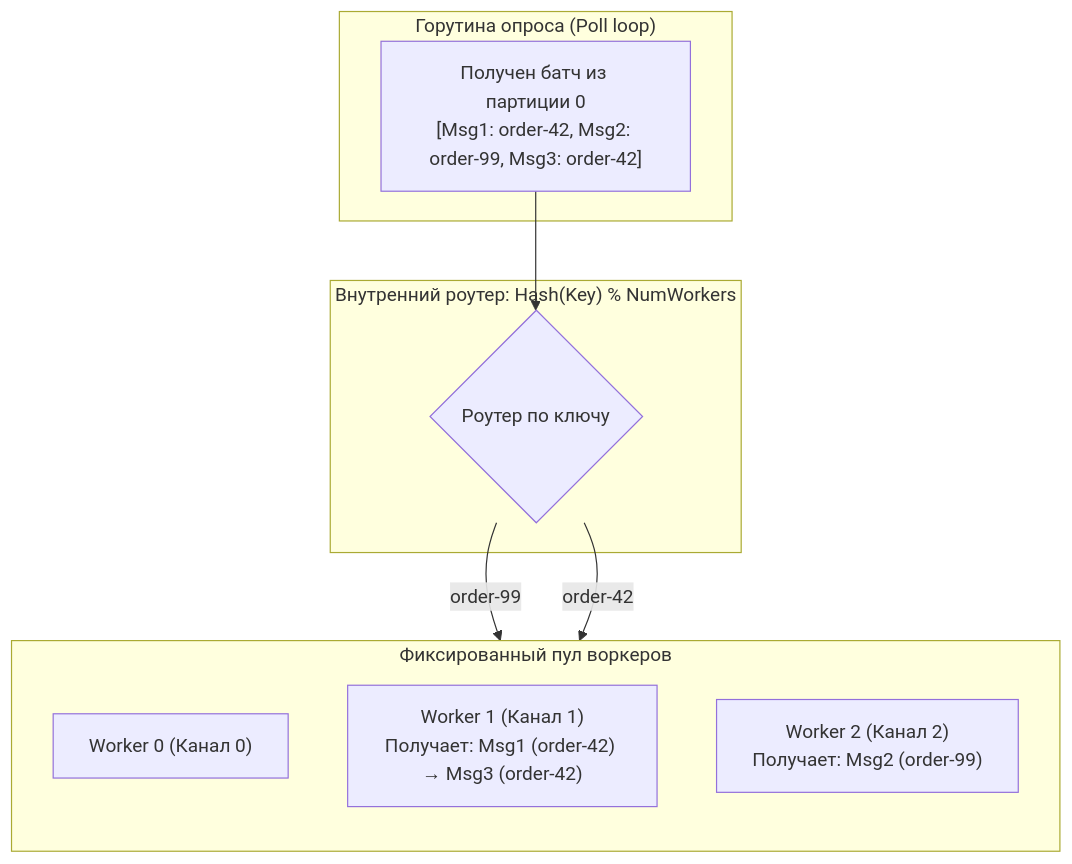
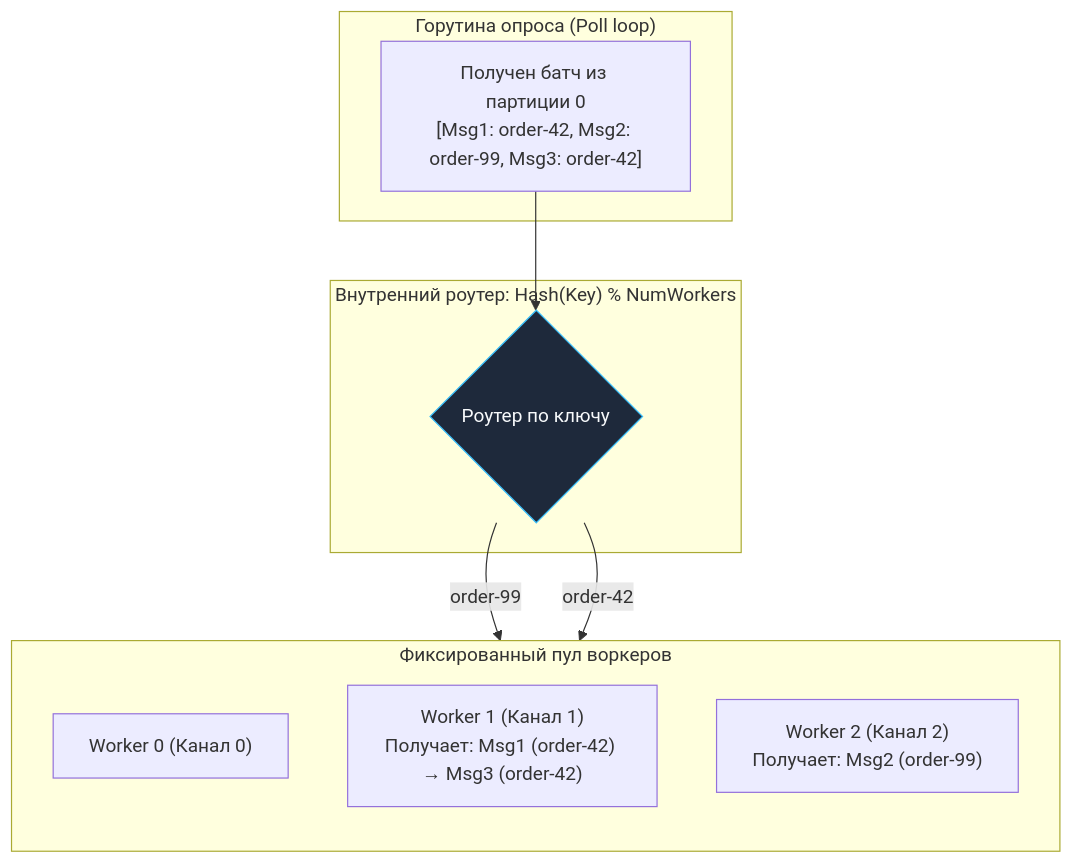
One commit to UnrealTemplier/go-textbook changed the fourth of 4 diagrams in sources/13. Очереди, брокеры сообщений и оркестраторы/03. Kafka/5. Ordering и partitioning.md. Above: the diagram before and after it, drawn with Mermaid. The commit also changed other lines of this file and 1666 other files, not shown here.

First line of the commit message:
feat(mermaid): add semantic color classDef to 1369 colorless flowchart/graph diagrams

````diff
--- a/sources/13. Очереди, брокеры сообщений и оркестраторы/03. Kafka/5. Ordering и partitioning.md
+++ b/sources/13. Очереди, брокеры сообщений и оркестраторы/03. Kafka/5. Ordering и partitioning.md
@@ -161,21 +181,31 @@
 ```mermaid
 flowchart TD
+    classDef process  fill:#1e293b,stroke:#38bdf8,stroke-width:1px,color:#f8fafc
+    classDef success  fill:#064e3b,stroke:#34d399,stroke-width:1px,color:#f8fafc
+    classDef error    fill:#7f1d1d,stroke:#f87171,stroke-width:1px,color:#f8fafc
+    classDef warning  fill:#78350f,stroke:#fbbf24,stroke-width:1px,color:#f8fafc
+    classDef entry    fill:#1e3a5f,stroke:#38bdf8,stroke-width:2px,color:#f8fafc
+    classDef aux      fill:#334155,stroke:#64748b,stroke-width:1px,color:#f8fafc
+    classDef system   fill:#312e81,stroke:#a78bfa,stroke-width:1px,color:#f8fafc
+    classDef data     fill:#132d29,stroke:#2dd4bf,stroke-width:1px,color:#f8fafc
+    classDef network  fill:#881337,stroke:#fb7185,stroke-width:1px,color:#f8fafc
+    classDef accent   fill:#1e1b4b,stroke:#818cf8,stroke-width:1px,color:#f8fafc
     subgraph Fetcher["Горутина опроса (Poll loop)"]
         F["Получен батч из партиции 0<br>[Msg1: order-42, Msg2: order-99, Msg3: order-42]"]
     end
 
     subgraph Router["Внутренний роутер: Hash(Key) % NumWorkers"]
-        R{"Роутер по ключу"}
+        R{"Роутер по ключу"}:::process
     end
 
     subgraph Workers["Фиксированный пул воркеров"]
         direction TB
         W0["Worker 0 (Канал 0)"]
         W1["Worker 1 (Канал 1)<br>Получает: Msg1 (order-42) → Msg3 (order-42)"]
         W2["Worker 2 (Канал 2)<br>Получает: Msg2 (order-99)"]
     end
 
     F --> R
     R -->|"order-99"| W2
     R -->|"order-42"| W1
 ```
````
